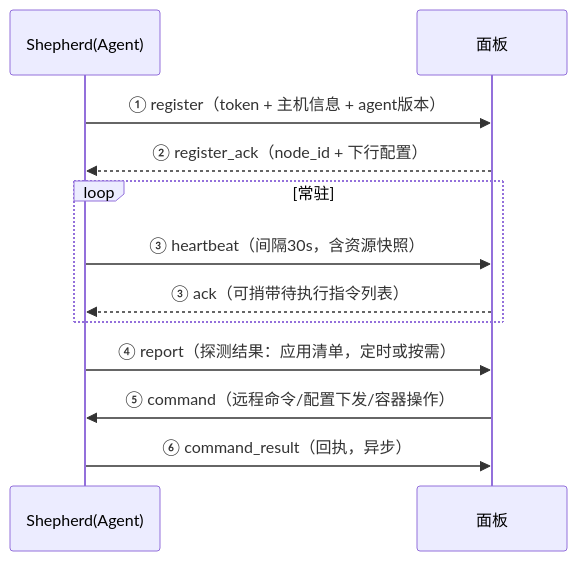
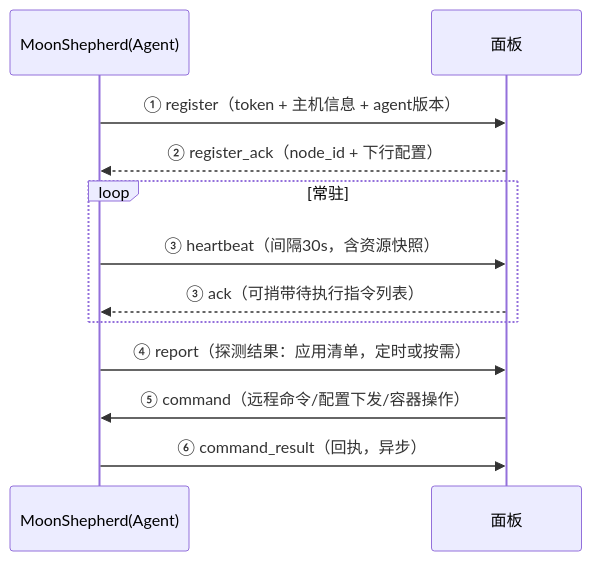
The second of 4 diagrams in docs/01-产品总体设计.md (Aealen/moonshepherd), drawn with Mermaid before and after one commit. The commit also changed other lines of this file and 32 other files, not shown here.

First line of the commit message:
feat!: 品牌定名 MoonShepherd（牧云）——全套改名

````diff
--- a/docs/01-产品总体设计.md
+++ b/docs/01-产品总体设计.md
@@ -110,14 +110,14 @@
 ```mermaid
 sequenceDiagram
-    participant S as Shepherd(Agent)
+    participant S as MoonShepherd(Agent)
     participant P as 面板
     S->>P: ① register（token + 主机信息 + agent版本）
     P-->>S: ② register_ack（node_id + 下行配置）
     loop 常驻
         S->>P: ③ heartbeat（间隔30s，含资源快照）
         P-->>S: ③ ack（可捎带待执行指令列表）
     end
     S->>P: ④ report（探测结果：应用清单，定时或按需）
     P->>S: ⑤ command（远程命令/配置下发/容器操作）
     S->>P: ⑥ command_result（回执，异步）
 ```
````
